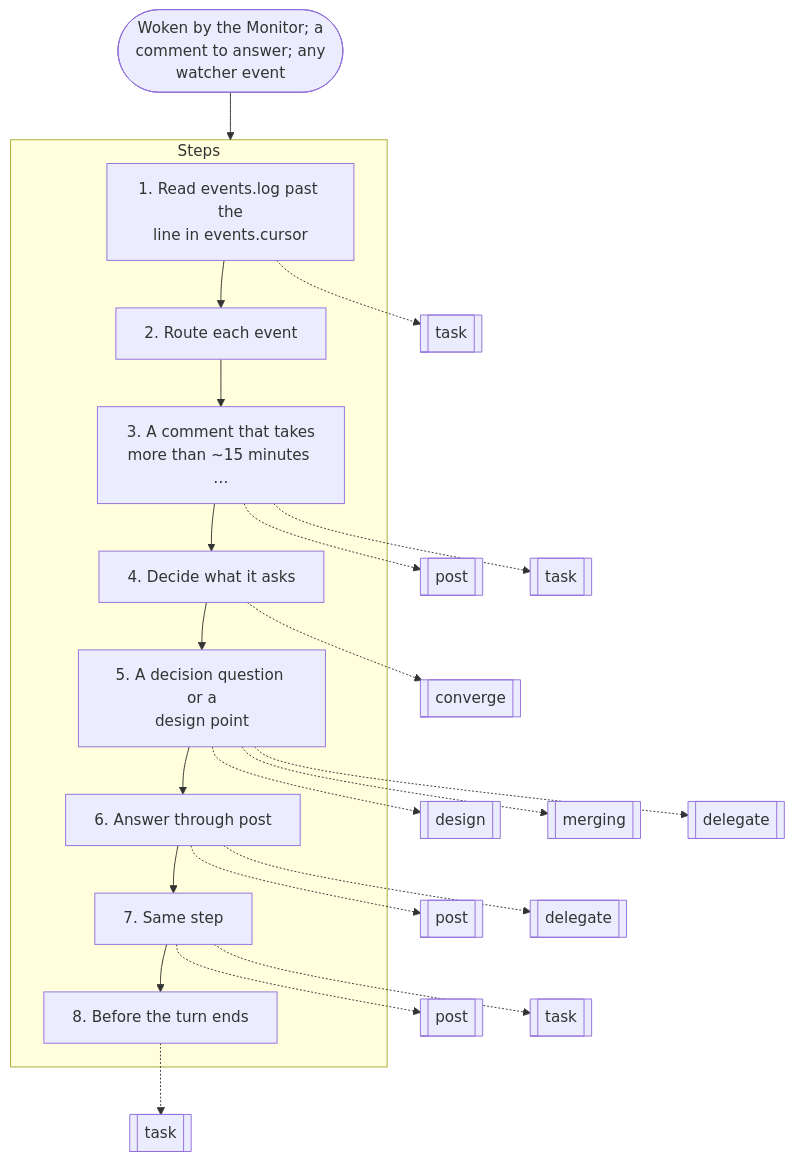
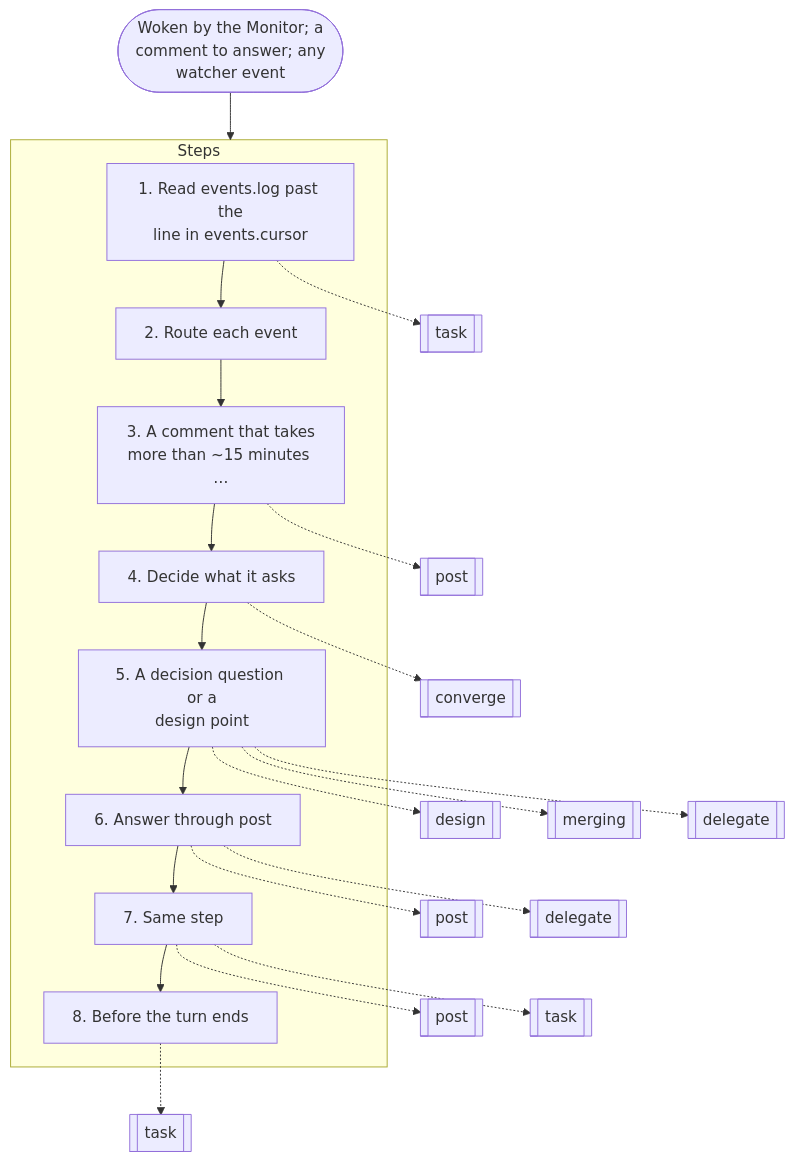
One commit to nitedani/mergeworthy changed the third of 19 diagrams in docs/graphs.md. Above: the diagram before and after it, drawn with Mermaid. The commit also changed 7 other files, not shown here.

````diff
--- a/docs/graphs.md
+++ b/docs/graphs.md
@@ -78,34 +78,33 @@
 ```mermaid
 flowchart TB
   start(["Woken by the Monitor; a<br/>comment to answer; any<br/>watcher event"])
   subgraph g0["Steps"]
     s0["1. Read events.log past the<br/>line in events.cursor"]
     s1["2. Route each event"]
     s0 --> s1
     s2["3. A comment that takes<br/>more than ~15 minutes …"]
     s1 --> s2
     s3["4. Decide what it asks"]
     s2 --> s3
     s4["5. A decision question or a<br/>design point"]
     s3 --> s4
     s5["6. Answer through post"]
     s4 --> s5
     s6["7. Same step"]
     s5 --> s6
     s7["8. Before the turn ends"]
     s6 --> s7
   end
   s0 -.-> r1[["task"]]
   s2 -.-> r2[["post"]]
-  s2 -.-> r3[["task"]]
-  s3 -.-> r4[["converge"]]
-  s4 -.-> r5[["design"]]
-  s4 -.-> r6[["merging"]]
-  s4 -.-> r7[["delegate"]]
-  s5 -.-> r8[["post"]]
-  s5 -.-> r9[["delegate"]]
-  s6 -.-> r10[["post"]]
-  s6 -.-> r11[["task"]]
-  s7 -.-> r12[["task"]]
+  s3 -.-> r3[["converge"]]
+  s4 -.-> r4[["design"]]
+  s4 -.-> r5[["merging"]]
+  s4 -.-> r6[["delegate"]]
+  s5 -.-> r7[["post"]]
+  s5 -.-> r8[["delegate"]]
+  s6 -.-> r9[["post"]]
+  s6 -.-> r10[["task"]]
+  s7 -.-> r11[["task"]]
   start --> g0
 ```
````
